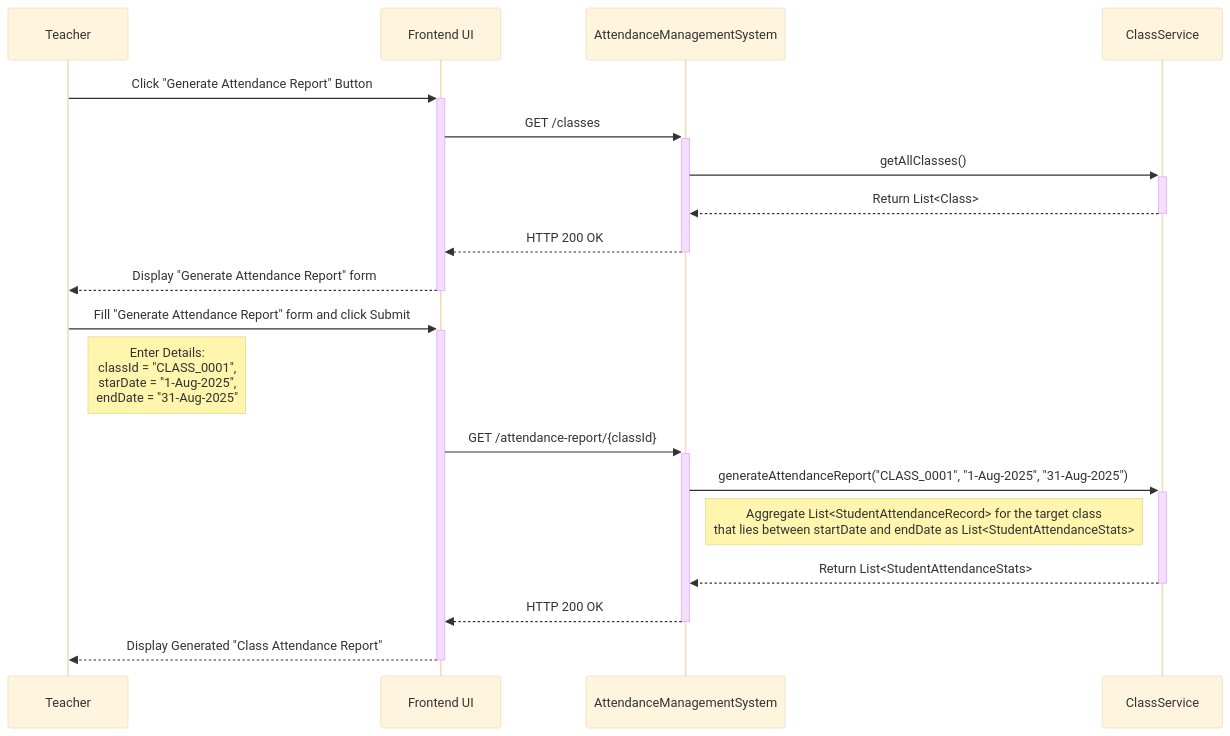
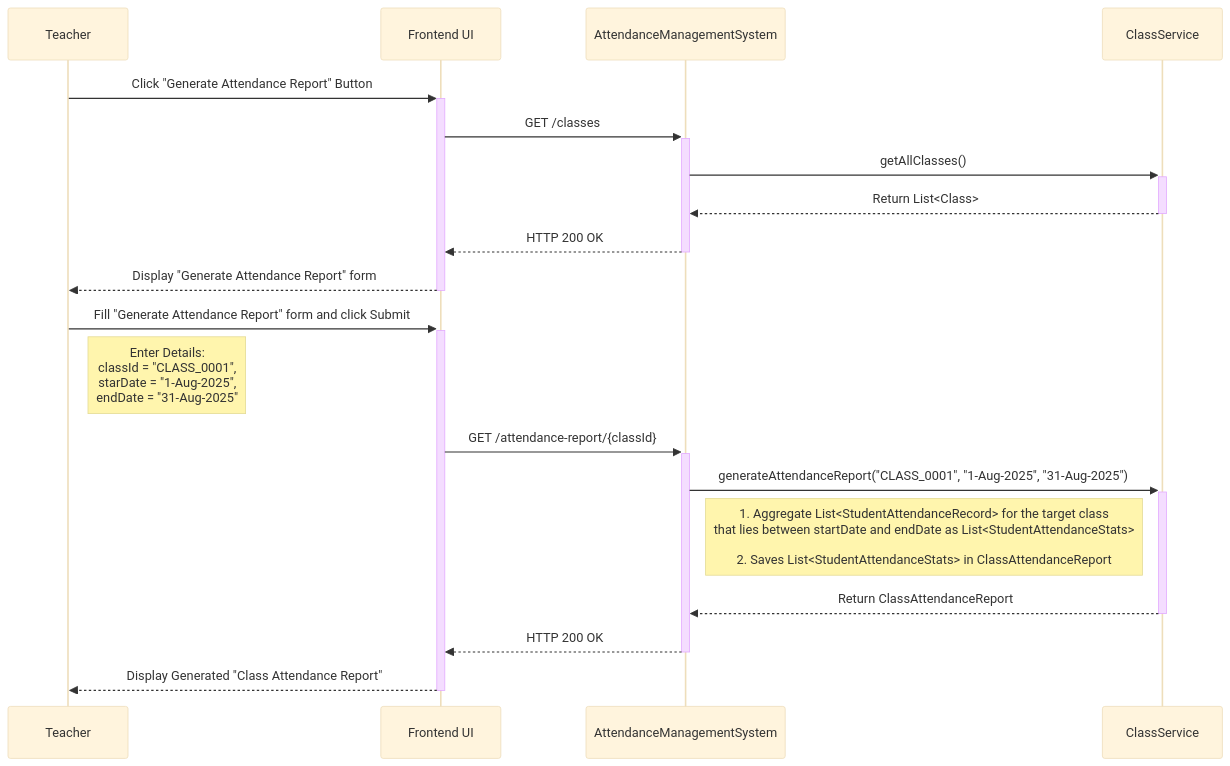
The fourth of 4 diagrams in Backend Engineering/Case Studies/Case Study 1. Attendance Management System/Documentation/2. Sequence Flow.md (NishchayAnand/software-engineering), drawn with Mermaid (base theme) before and after one commit. The commit also changed other lines of this file and 8 other files, not shown here.

````diff
--- a/Backend Engineering/Case Studies/Case Study 1. Attendance Management System/Documentation/2. Sequence Flow.md
+++ b/Backend Engineering/Case Studies/Case Study 1. Attendance Management System/Documentation/2. Sequence Flow.md
@@ -200,25 +200,25 @@
 ```mermaid
 sequenceDiagram
     participant T as Teacher
     participant UI as Frontend UI
     participant AMS as AttendanceManagementSystem
     participant CS as ClassService
 
 	%%Interaction 1: Click the "Generate Attendance Report" button
     T->>+UI: Click "Generate Attendance Report" Button
     UI->>+AMS: GET /classes
     AMS->>+CS: getAllClasses()
 	CS-->>-AMS: Return List<Class>
 	AMS-->>-UI: HTTP 200 OK
 	UI-->>-T: Display "Generate Attendance Report" form
 
 	%%Interaction 2: Submit "Generate Attendance Report" Form
     T->>+UI: Fill "Generate Attendance Report" form and click Submit
     Note right of T: Enter Details: <br/> classId = "CLASS_0001", <br/> starDate = "1-Aug-2025", <br/> endDate = "31-Aug-2025"
     UI->>+AMS: GET /attendance-report/{classId}
     AMS->>+CS: generateAttendanceReport("CLASS_0001", "1-Aug-2025", "31-Aug-2025")
-    Note left of CS: Aggregate List<StudentAttendanceRecord> for the target class <br/> that lies between startDate and endDate as List<StudentAttendanceStats>
-	CS-->>-AMS: Return List<StudentAttendanceStats>
+    Note left of CS: 1. Aggregate List<StudentAttendanceRecord> for the target class <br/> that lies between startDate and endDate as List<StudentAttendanceStats> <br/><br/> 2. Saves List<StudentAttendanceStats> in ClassAttendanceReport
+	CS-->>-AMS: Return ClassAttendanceReport
 	AMS-->>-UI: HTTP 200 OK
 	UI-->>-T: Display Generated "Class Attendance Report"
 ```
````
